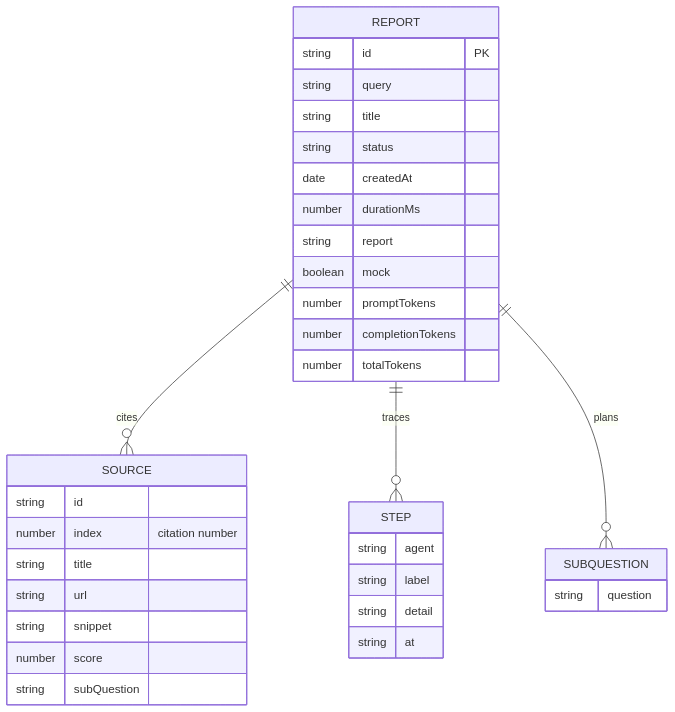
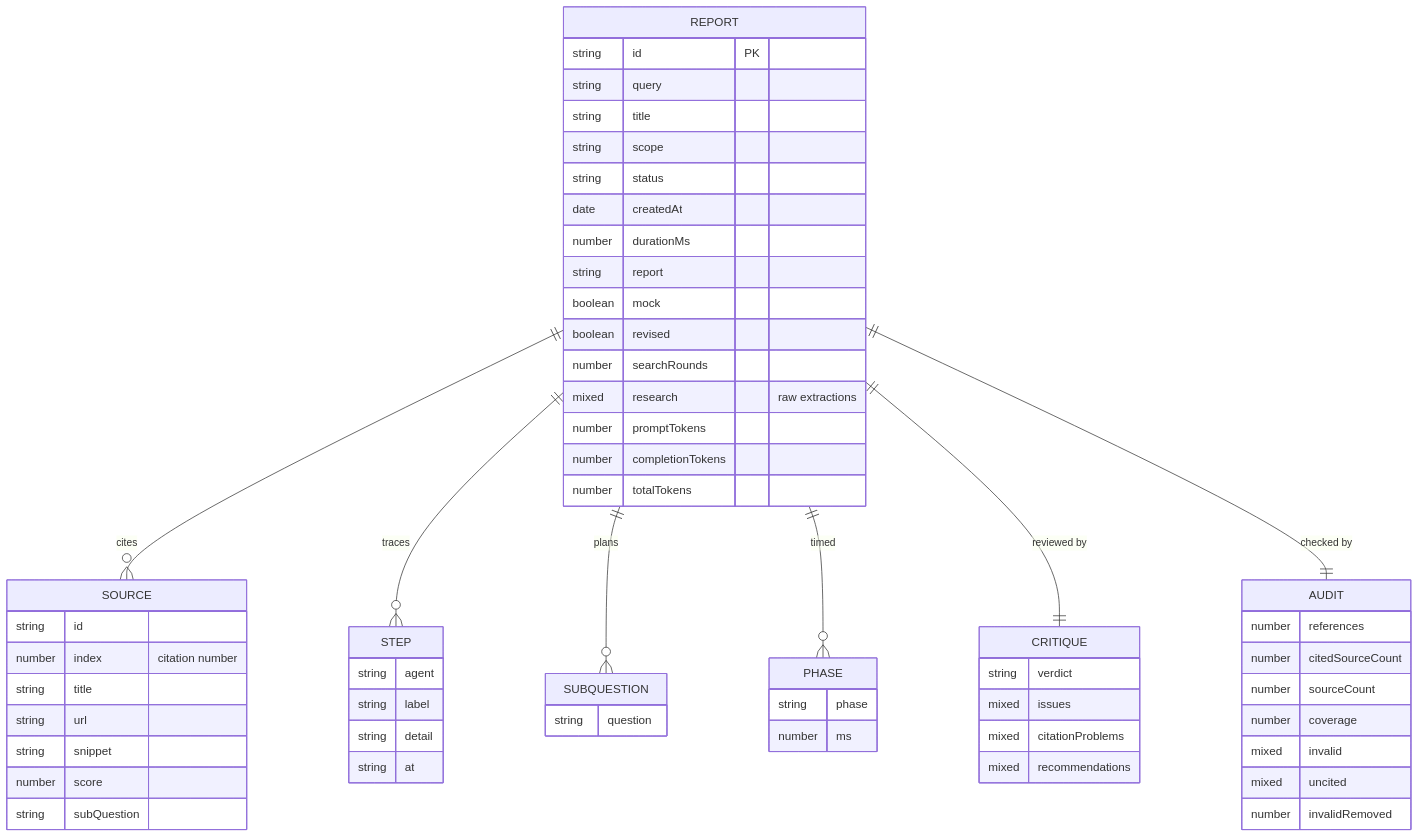
One commit to AlphaBeast97/deep-research-ai-platform changed the ninth of 16 diagrams in docs/ARCHITECTURE.md. Above: the diagram before and after it, drawn with Mermaid. The commit also changed other lines of this file and 1 other file, not shown here.

First line of the commit message:
docs: align README and architecture record with the six-phase pipeline

````diff
--- a/docs/ARCHITECTURE.md
+++ b/docs/ARCHITECTURE.md
@@ -804,38 +1097,64 @@
 ```mermaid
 erDiagram
     REPORT ||--o{ SOURCE : cites
     REPORT ||--o{ STEP : traces
     REPORT ||--o{ SUBQUESTION : plans
+    REPORT ||--o{ PHASE : "timed"
+    REPORT ||--|| CRITIQUE : "reviewed by"
+    REPORT ||--|| AUDIT : "checked by"
 
     REPORT {
-        string id PK
-        string query
-        string title
-        string status
-        date   createdAt
-        number durationMs
-        string report
+        string  id PK
+        string  query
+        string  title
+        string  scope
+        string  status
+        date    createdAt
+        number  durationMs
+        string  report
         boolean mock
-        number promptTokens
-        number completionTokens
-        number totalTokens
+        boolean revised
+        number  searchRounds
+        mixed   research "raw extractions"
+        number  promptTokens
+        number  completionTokens
+        number  totalTokens
+    }
+    CRITIQUE {
+        string verdict
+        mixed  issues
+        mixed  citationProblems
+        mixed  recommendations
+    }
+    AUDIT {
+        number references
+        number citedSourceCount
+        number sourceCount
+        number coverage
+        mixed  invalid
+        mixed  uncited
+        number invalidRemoved
+    }
+    PHASE {
+        string phase
+        number ms
     }
     SOURCE {
         string id
         number index "citation number"
         string title
         string url
         string snippet
         number score
         string subQuestion
     }
     STEP {
         string agent
         string label
         string detail
         string at
     }
     SUBQUESTION {
         string question
     }
 ```
````
